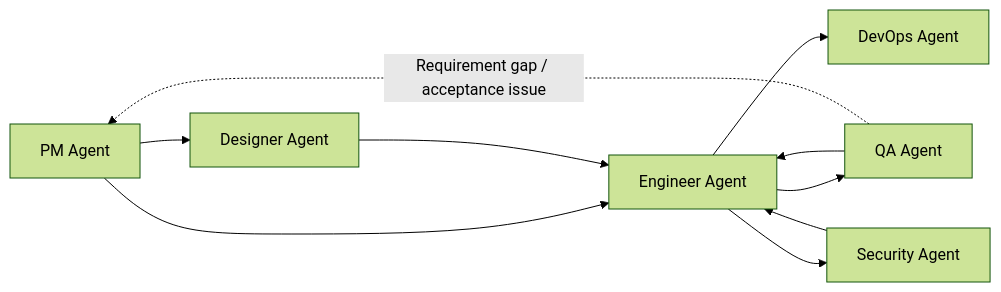
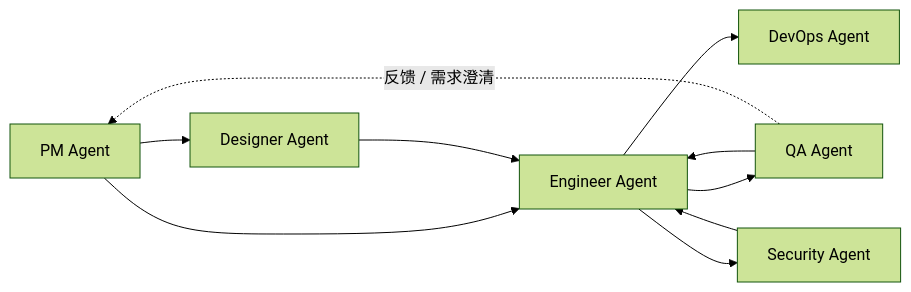
One commit to Neplich/dev-agent-skills changed the diagram in README.md. Above: the diagram before and after it, drawn with Mermaid (forest theme). The commit also changed other lines of this file, not shown here.

````diff
--- a/README.md
+++ b/README.md
@@ -52,12 +58,12 @@
 ```mermaid
-flowchart LR
+graph LR
     PM["PM Agent"] --> Designer["Designer Agent"]
     PM --> Engineer["Engineer Agent"]
     Designer --> Engineer
     Engineer --> QA["QA Agent"]
     QA --> Engineer
-    QA -. "Requirement gap / acceptance issue" .-> PM
+    QA -. "反馈 / 需求澄清" .-> PM
     Engineer --> DevOps["DevOps Agent"]
     Engineer --> Security["Security Agent"]
     Security --> Engineer
 ```
````
